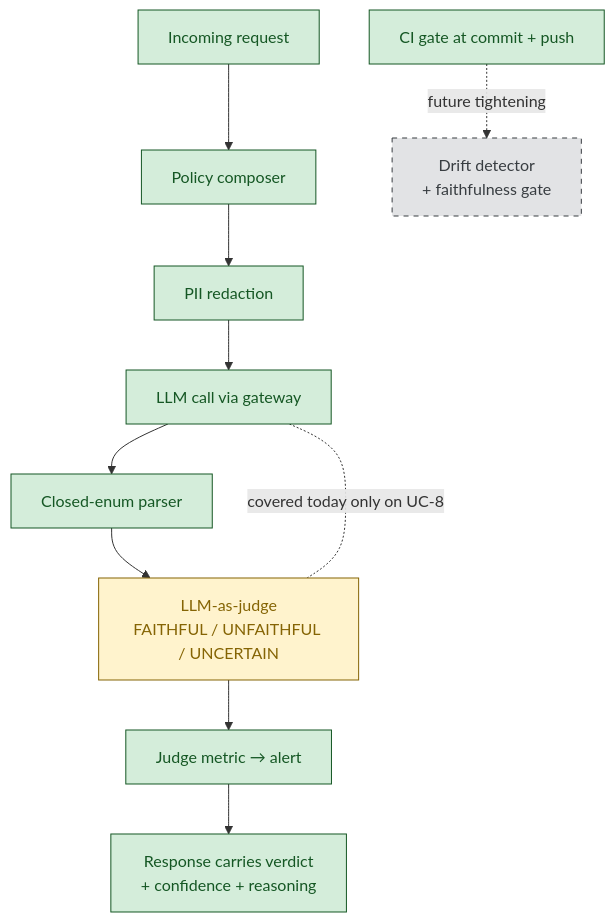
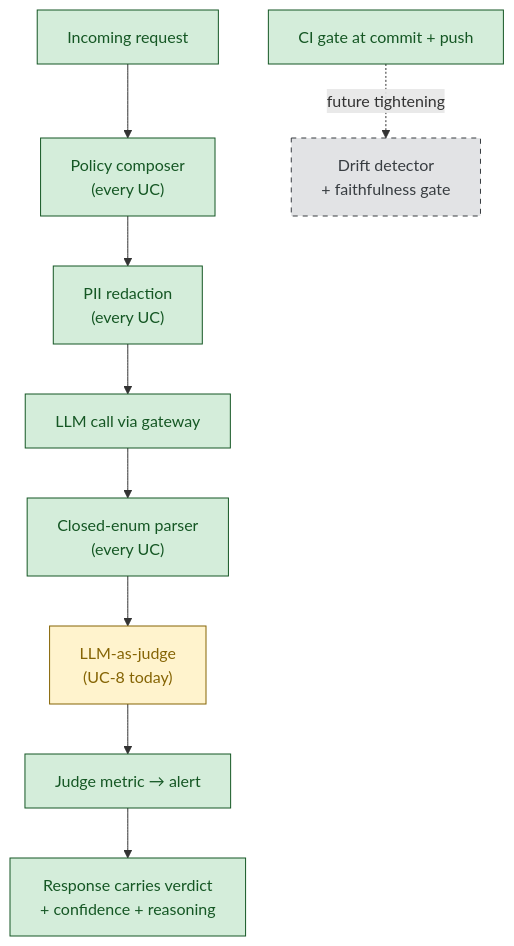
The fourth of 7 diagrams in docs/MANAGEMENT-BRIEFING.md (Kevinparashar/One-ops-NextGen), drawn with Mermaid before and after one commit. The commit also changed other lines of this file and 1 other file, not shown here.

````diff
--- a/docs/MANAGEMENT-BRIEFING.md
+++ b/docs/MANAGEMENT-BRIEFING.md
@@ -184,21 +233,20 @@
 ```mermaid
 flowchart TD
     classDef shipped fill:#d4edda,stroke:#155724,color:#155724
     classDef partial fill:#fff3cd,stroke:#856404,color:#856404
     classDef planned fill:#e2e3e5,stroke:#383d41,color:#383d41,stroke-dasharray:5 5
 
     REQ["Incoming request"]:::shipped
-    POL["Policy composer"]:::shipped
-    RED["PII redaction"]:::shipped
+    POL["Policy composer<br/>(every UC)"]:::shipped
+    RED["PII redaction<br/>(every UC)"]:::shipped
     LLM["LLM call via gateway"]:::shipped
-    CLO["Closed-enum parser"]:::shipped
-    JUDGE["LLM-as-judge<br/>FAITHFUL / UNFAITHFUL / UNCERTAIN"]:::partial
+    CLO["Closed-enum parser<br/>(every UC)"]:::shipped
+    JUDGE["LLM-as-judge<br/>(UC-8 today)"]:::partial
     METRIC["Judge metric → alert"]:::shipped
     RESP["Response carries verdict<br/>+ confidence + reasoning"]:::shipped
     CI["CI gate at commit + push"]:::shipped
     DRIFT["Drift detector<br/>+ faithfulness gate"]:::planned
 
     REQ --> POL --> RED --> LLM --> CLO --> JUDGE --> METRIC --> RESP
-    LLM -. covered today only on UC-8 .- JUDGE
     CI -.->|future tightening| DRIFT
 ```
````
